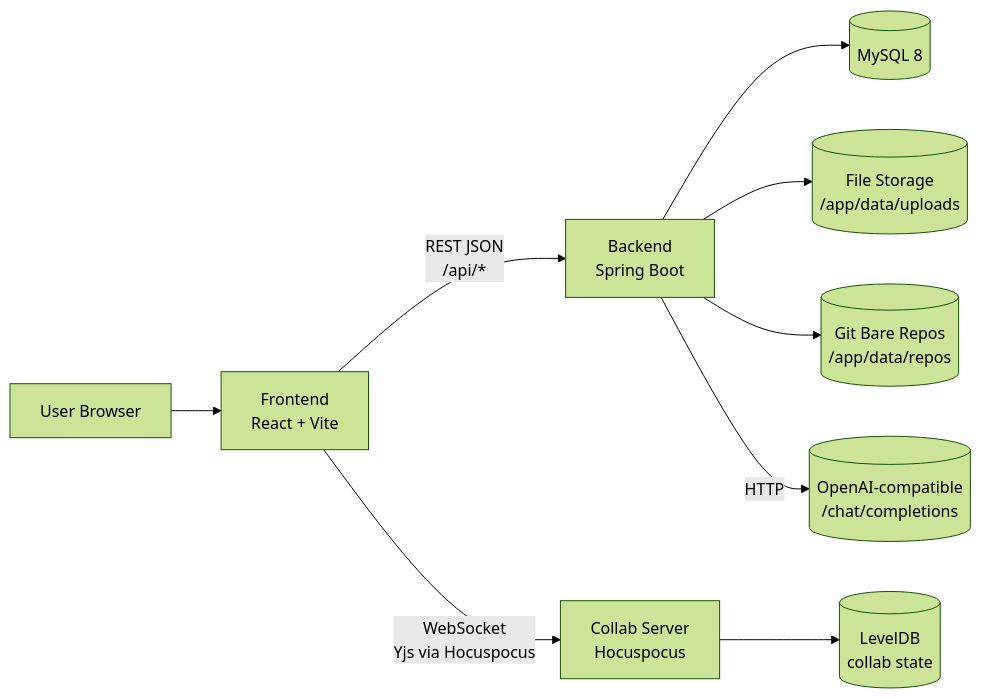
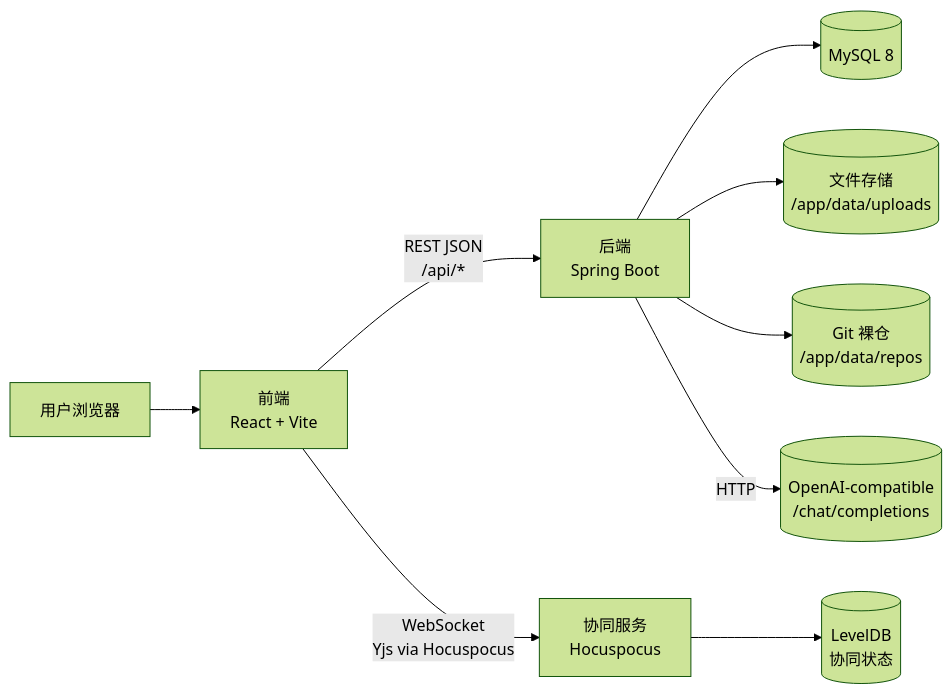
One commit to moduqishi/educollab changed the first of 6 diagrams in README.md. Above: the diagram before and after it, drawn with Mermaid (forest theme). The commit also changed other lines of this file, not shown here.

Commit message:
Localize Mermaid diagrams to Chinese

````diff
--- a/README.md
+++ b/README.md
@@ -92,14 +92,14 @@
 ```mermaid
 flowchart LR
-  U[User Browser] --> FE[Frontend<br/>React + Vite]
+  U[用户浏览器] --> FE[前端<br/>React + Vite]
 
-  FE -->|REST JSON<br/>/api/*| BE[Backend<br/>Spring Boot]
-  FE -->|WebSocket<br/>Yjs via Hocuspocus| CS[Collab Server<br/>Hocuspocus]
+  FE -->|REST JSON<br/>/api/*| BE[后端<br/>Spring Boot]
+  FE -->|WebSocket<br/>Yjs via Hocuspocus| CS[协同服务<br/>Hocuspocus]
 
   BE --> DB[(MySQL 8)]
-  BE --> FS[(File Storage<br/>/app/data/uploads)]
-  BE --> GR[(Git Bare Repos<br/>/app/data/repos)]
+  BE --> FS[(文件存储<br/>/app/data/uploads)]
+  BE --> GR[(Git 裸仓<br/>/app/data/repos)]
   BE -->|HTTP| AI[(OpenAI-compatible<br/>/chat/completions)]
 
-  CS --> CL[(LevelDB<br/>collab state)]
+  CS --> CL[(LevelDB<br/>协同状态)]
 ```
````
